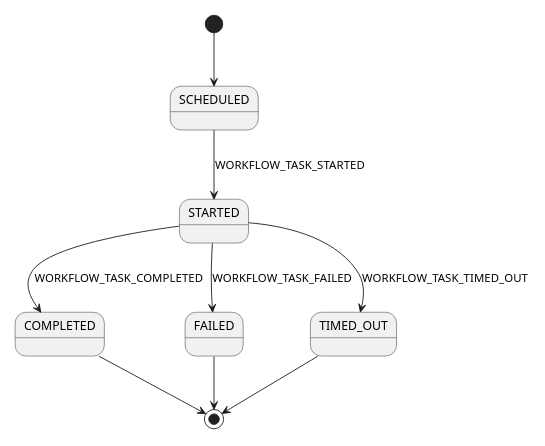
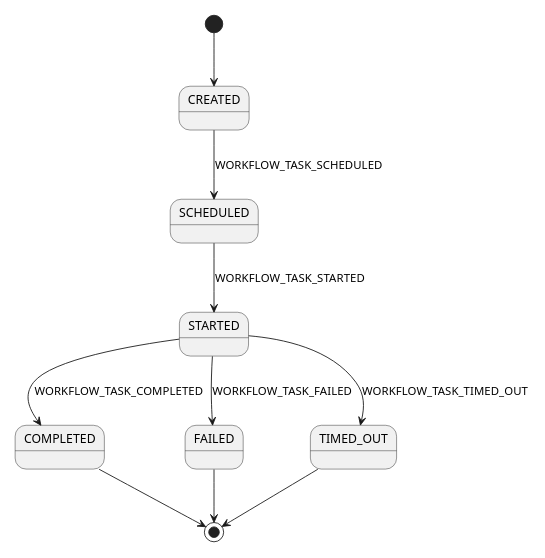
Before and after one commit to temporalio/sdk-java: the diagram in src/main/java/io/temporal/internal/statemachines/WorkflowTaskStateMachine.puml, drawn with PlantUML. The commit also changed 19 other files, not shown here.

```diff
--- a/src/main/java/io/temporal/internal/statemachines/WorkflowTaskStateMachine.puml
+++ b/src/main/java/io/temporal/internal/statemachines/WorkflowTaskStateMachine.puml
@@ -23,11 +23,12 @@
 @startuml
 scale 350 width
-[*] --> SCHEDULED
+[*] --> CREATED
+CREATED --> SCHEDULED: WORKFLOW_TASK_SCHEDULED
 SCHEDULED --> STARTED: WORKFLOW_TASK_STARTED
 STARTED --> COMPLETED: WORKFLOW_TASK_COMPLETED
 STARTED --> FAILED: WORKFLOW_TASK_FAILED
 STARTED --> TIMED_OUT: WORKFLOW_TASK_TIMED_OUT
 COMPLETED --> [*]
 TIMED_OUT --> [*]
 FAILED --> [*]
 @enduml
```
